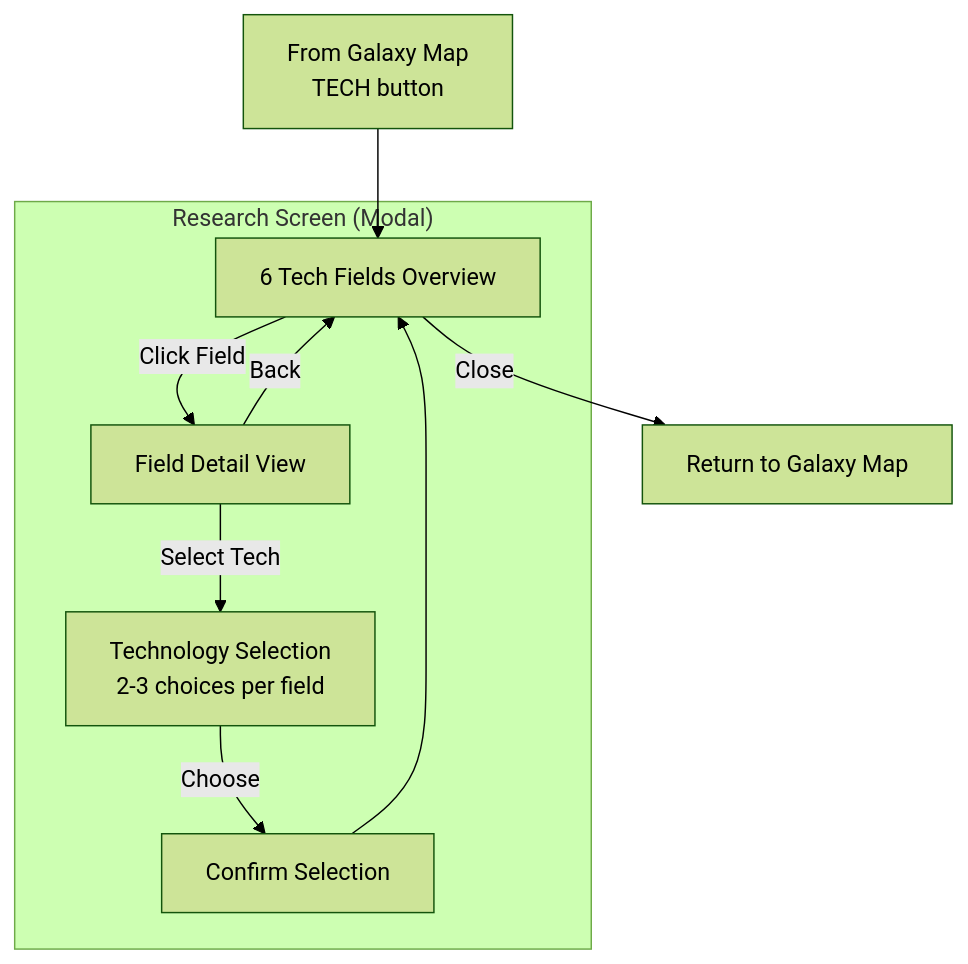
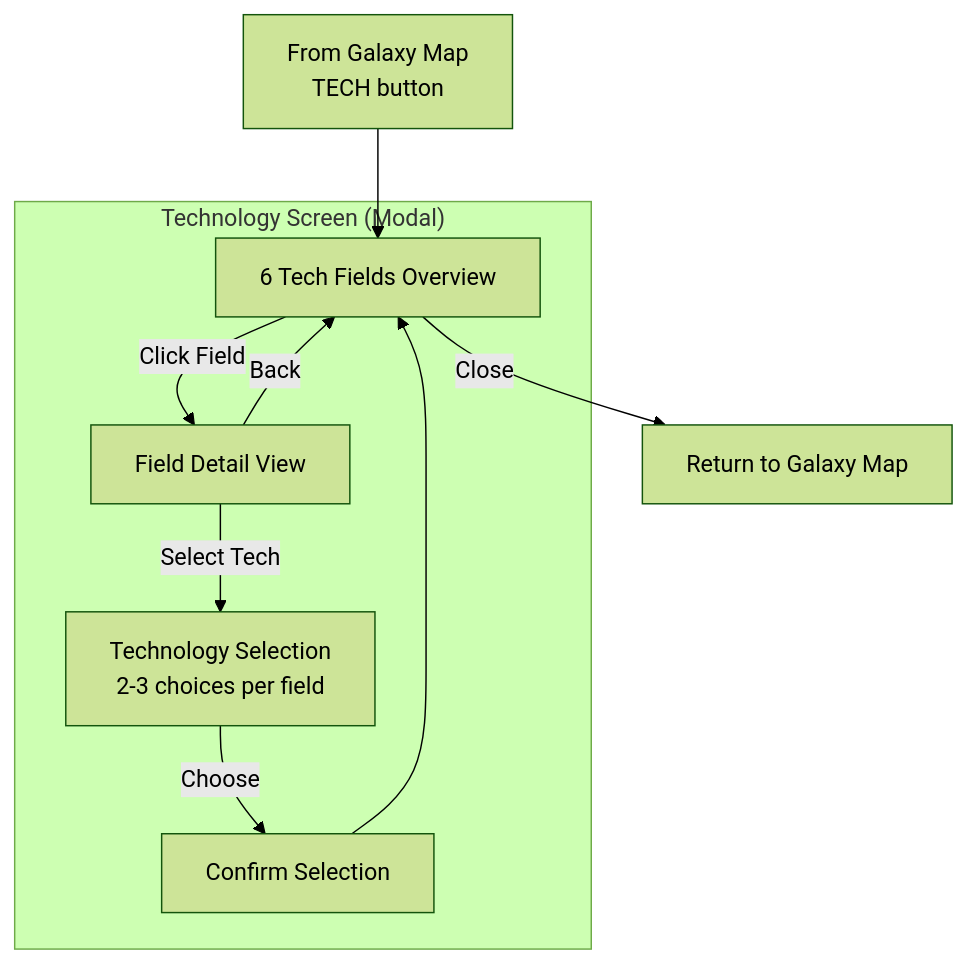
Before and after one commit to jtchilders-ai-assistant/hamster-of-orion: the fifth of 9 diagrams in design/ui-ux/navigation-flow.md, drawn with Mermaid (forest theme). The commit also changed other lines of this file and 24 other files, not shown here.

````diff
--- a/design/ui-ux/navigation-flow.md
+++ b/design/ui-ux/navigation-flow.md
@@ -258,19 +258,19 @@
 ```mermaid
 flowchart TD
-    subgraph ResearchScreen["Research Screen (Modal)"]
+    subgraph ResearchScreen["Technology Screen (Modal)"]
         Overview[6 Tech Fields Overview]
         FieldDetail[Field Detail View]
         TechSelect[Technology Selection<br/>2-3 choices per field]
         Confirm[Confirm Selection]
     end
 
     Entry[From Galaxy Map<br/>TECH button] --> Overview
     
     Overview -->|"Click Field"| FieldDetail
     FieldDetail -->|"Back"| Overview
     FieldDetail -->|"Select Tech"| TechSelect
     TechSelect -->|"Choose"| Confirm
     Confirm --> Overview
     
     Overview -->|"Close"| Exit[Return to Galaxy Map]
 ```
````
